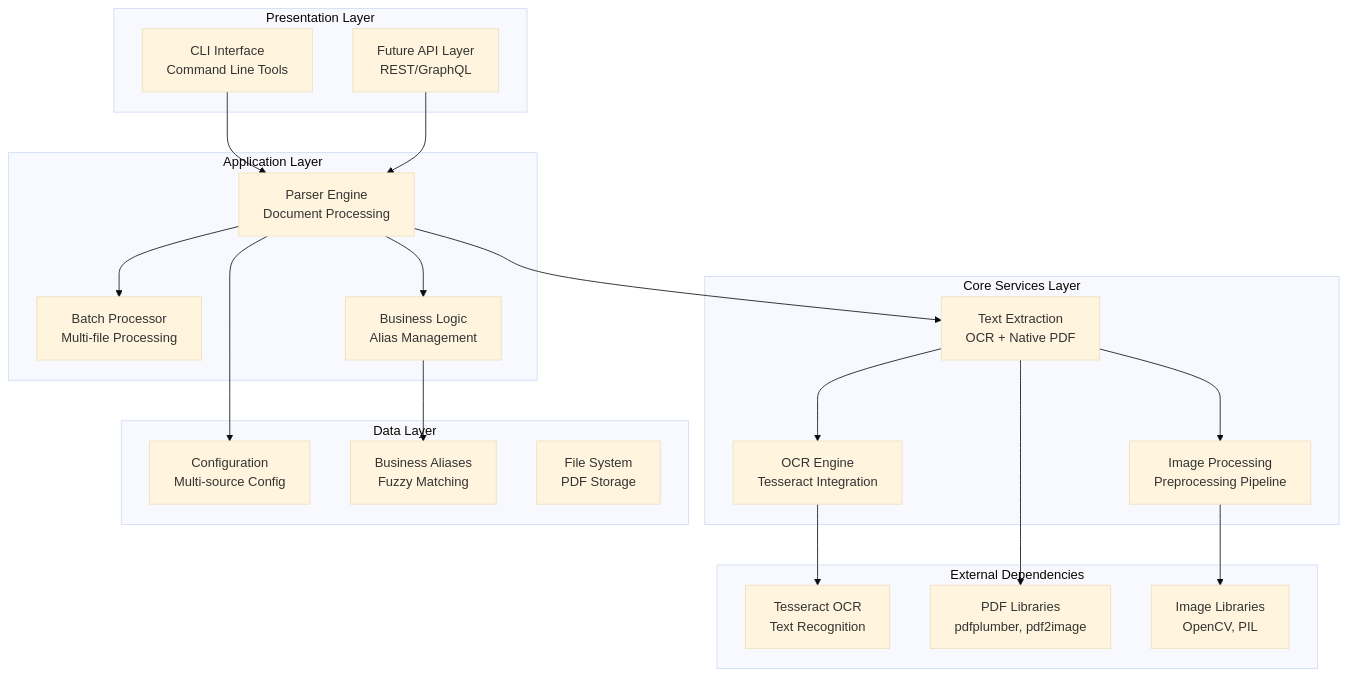
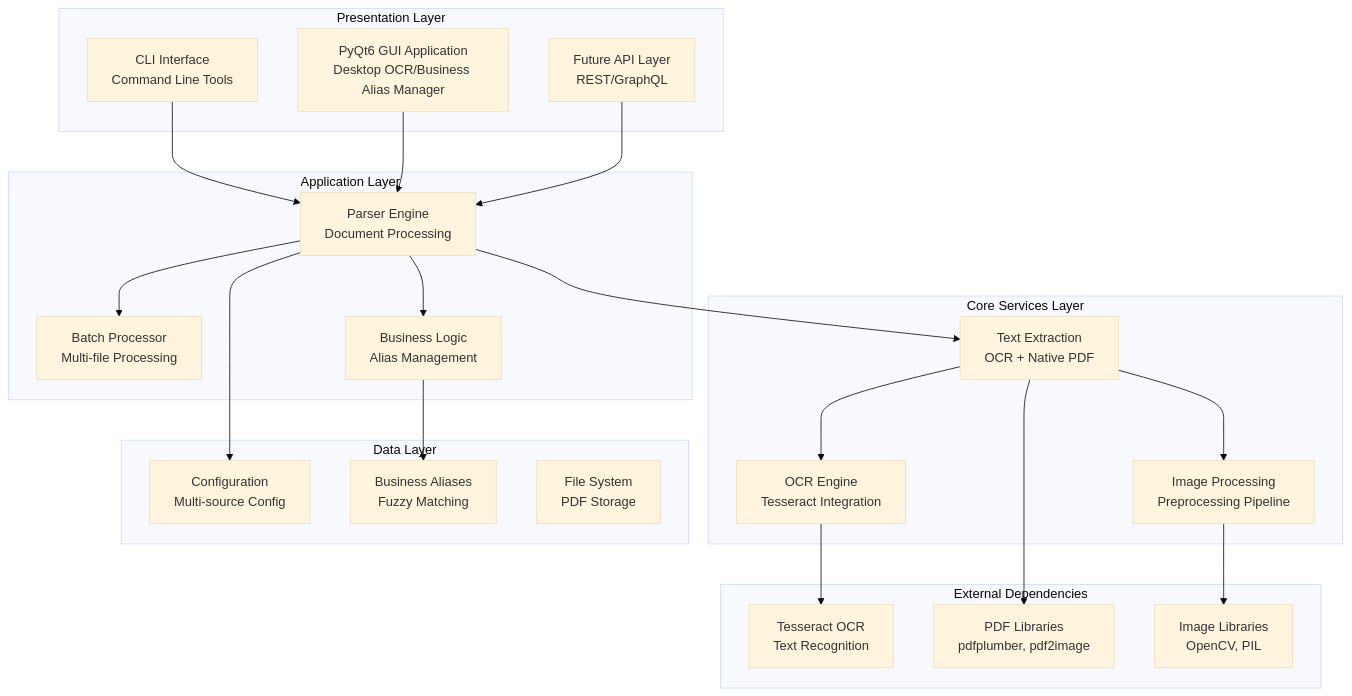
The first of 3 diagrams in docs/architecture/system_architecture.md (martinfou/ocrinvoice), drawn with Mermaid (base theme) before and after one commit. The commit also changed other lines of this file, not shown here.

First line of the commit message:
docs(architecture): update system architecture for GUI and Sprint 2 completion

````diff
--- a/docs/architecture/system_architecture.md
+++ b/docs/architecture/system_architecture.md
@@ -11,48 +13,50 @@
 ```mermaid
 graph TB
     subgraph "Presentation Layer"
         CLI[CLI Interface<br/>Command Line Tools]
+        GUI[PyQt6 GUI Application<br/>Desktop OCR/Business Alias Manager]
         API[Future API Layer<br/>REST/GraphQL]
     end
 
     subgraph "Application Layer"
         ParserEngine[Parser Engine<br/>Document Processing]
         BatchProcessor[Batch Processor<br/>Multi-file Processing]
         BusinessLogic[Business Logic<br/>Alias Management]
     end
 
     subgraph "Core Services Layer"
         TextExtractor[Text Extraction<br/>OCR + Native PDF]
         ImageProcessor[Image Processing<br/>Preprocessing Pipeline]
         OCREngine[OCR Engine<br/>Tesseract Integration]
     end
 
     subgraph "Data Layer"
         ConfigManager[Configuration<br/>Multi-source Config]
         BusinessAliases[Business Aliases<br/>Fuzzy Matching]
         FileSystem[File System<br/>PDF Storage]
     end
 
     subgraph "External Dependencies"
         Tesseract[Tesseract OCR<br/>Text Recognition]
         PDFLibraries[PDF Libraries<br/>pdfplumber, pdf2image]
         ImageLibs[Image Libraries<br/>OpenCV, PIL]
     end
 
     CLI --> ParserEngine
+    GUI --> ParserEngine
     API --> ParserEngine
 
     ParserEngine --> TextExtractor
     ParserEngine --> BusinessLogic
     ParserEngine --> BatchProcessor
 
     TextExtractor --> ImageProcessor
     TextExtractor --> OCREngine
 
     BusinessLogic --> BusinessAliases
     ParserEngine --> ConfigManager
 
     OCREngine --> Tesseract
     TextExtractor --> PDFLibraries
     ImageProcessor --> ImageLibs
 ```
````
